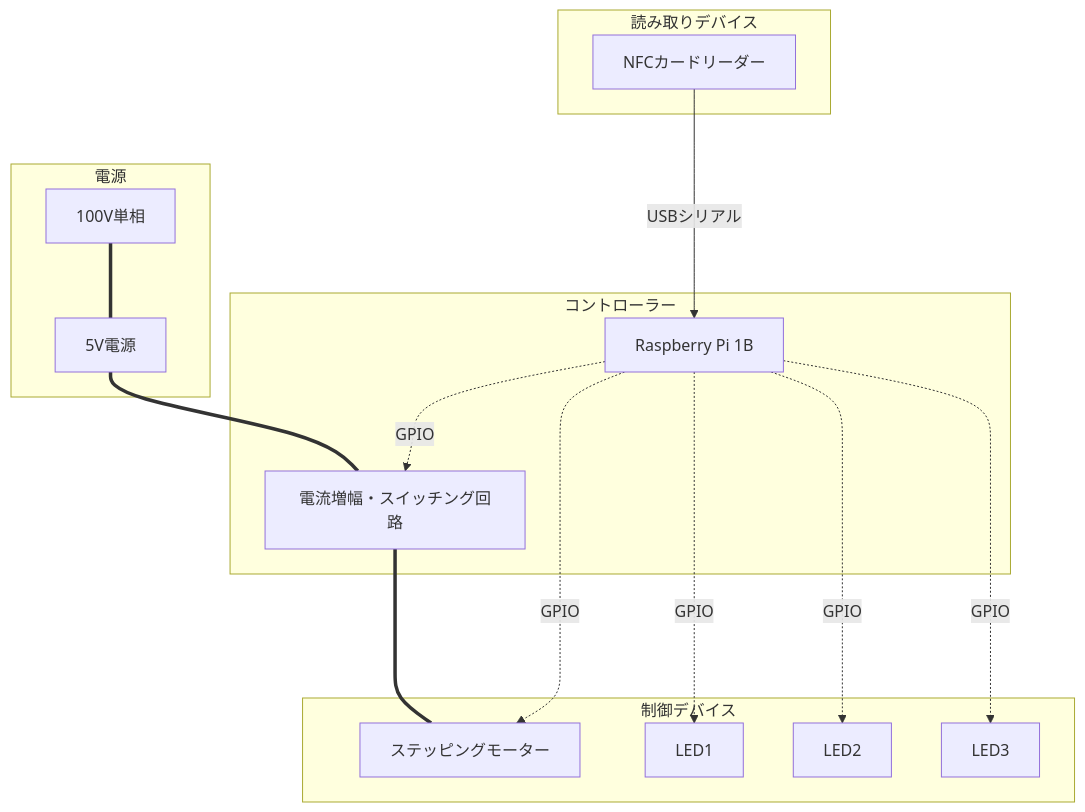
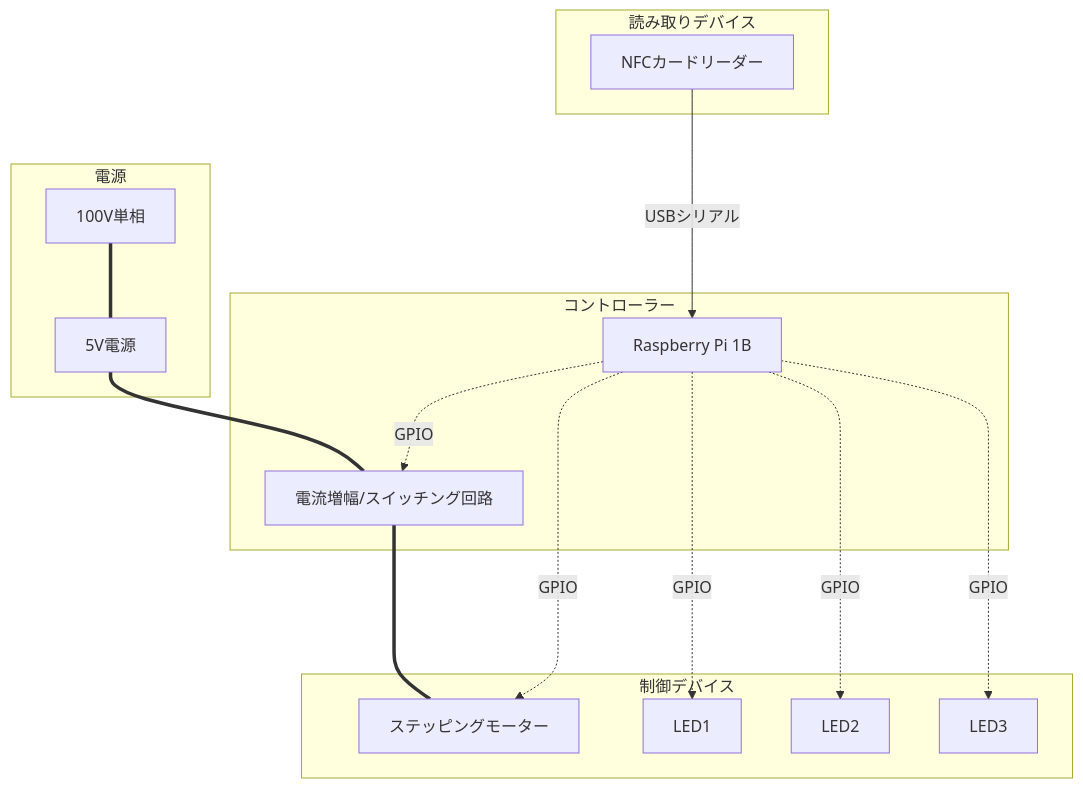
One commit to YUKI-SOKENDAI/SmartLock changed the first of 2 diagrams in memo/SystemMEMO.md. Above: the diagram before and after it, drawn with Mermaid. The commit also changed other lines of this file, not shown here.

````diff
--- a/memo/SystemMEMO.md
+++ b/memo/SystemMEMO.md
@@ -24,29 +24,29 @@
 ```mermaid
 flowchart TD;
     subgraph コントローラー
         CntNode0[Raspberry Pi 1B];
-        CntNode1[電流増幅・スイッチング回路];
+        CntNode1[電流増幅/スイッチング回路];
     end
     subgraph 電源
         100V単相;
         5V電源;
     end
     subgraph 制御デバイス
         ステッピングモーター;
         LED1;
         LED2;
         LED3;
     end
     subgraph 読み取りデバイス
         NFCカードリーダー;
     end
     100V単相===5V電源;
     5V電源===CntNode1;
     NFCカードリーダー--->|USBシリアル|CntNode0;
     CntNode0-.GPIO-.->CntNode1;
     CntNode1====ステッピングモーター;
     CntNode0-.GPIO-.->ステッピングモーター;
     CntNode0-.GPIO-.->LED1;
     CntNode0-.GPIO-.->LED2;
     CntNode0-.GPIO-.->LED3;
 ```
````
